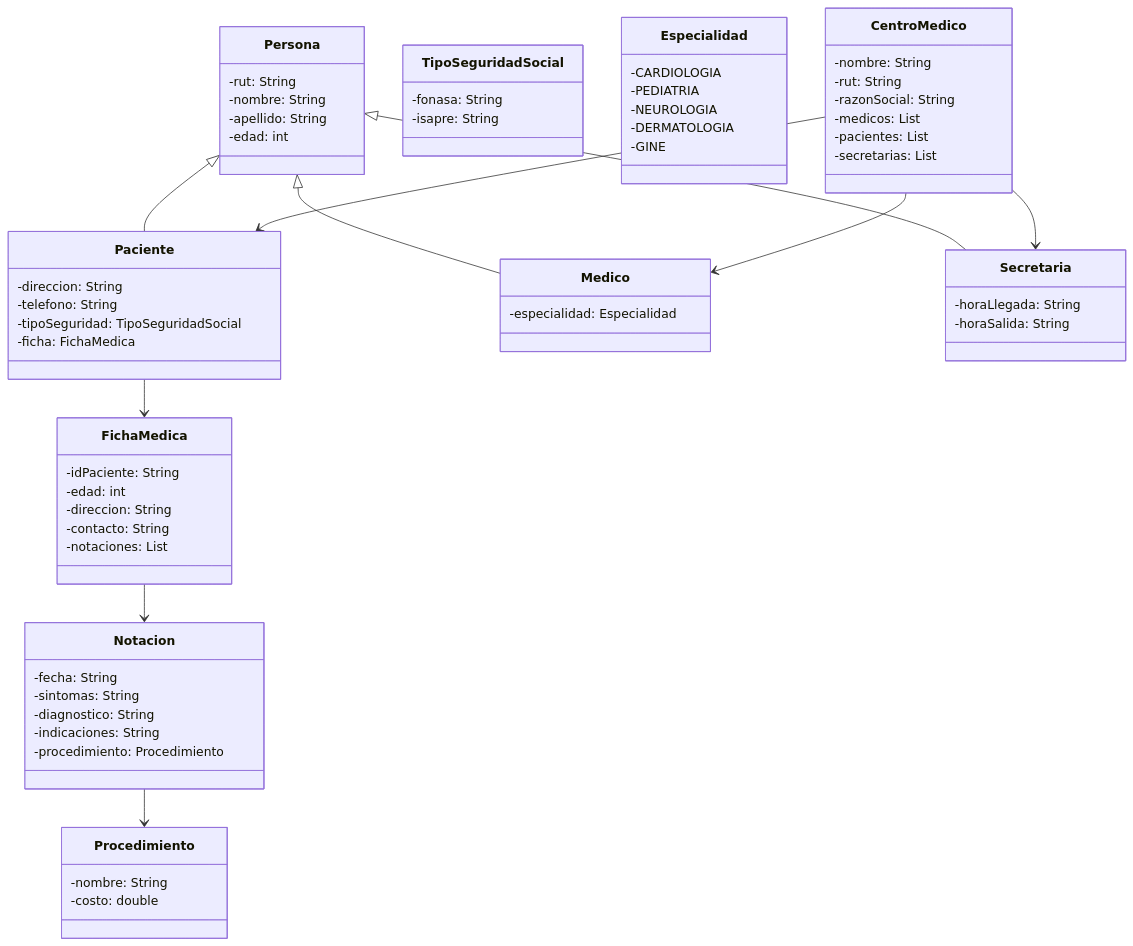
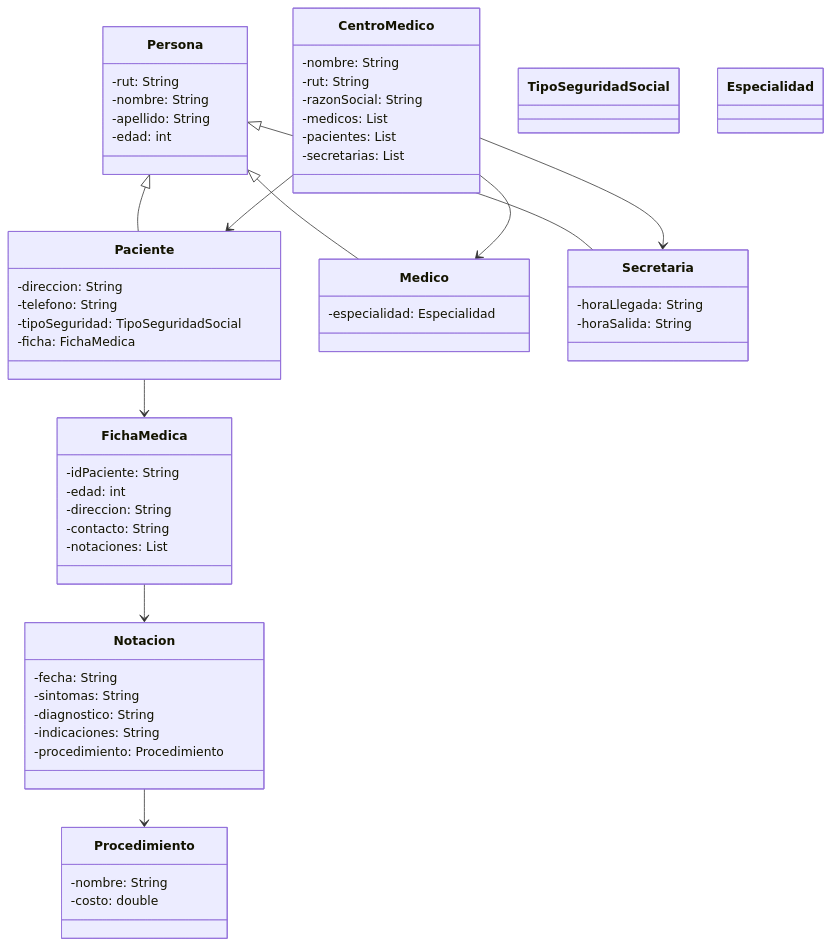
The diagram in diagram.mermaid (ChermanWest/proyecto-2-poo), drawn with Mermaid before and after one commit. The commit also changed 11 other files, not shown here.

```diff
--- a/diagram.mermaid
+++ b/diagram.mermaid
@@ -1,79 +1,67 @@
 classDiagram
-    %% Clases base
     class Persona {
         -rut: String
         -nombre: String
         -apellido: String
         -edad: int
     }
 
-    %% Clases derivadas de Persona
     class Paciente {
         -direccion: String
         -telefono: String
         -tipoSeguridad: TipoSeguridadSocial
         -ficha: FichaMedica
     }
+
     class Medico {
         -especialidad: Especialidad
     }
+
     class Secretaria {
         -horaLlegada: String
         -horaSalida: String
     }
 
-    %% Clases de gestión médica
-    class FichaMedica {
-        -idPaciente: String
-        -edad: int
-        -direccion: String
-        -contacto: String
-        -notaciones: List
-    }
-    class Notacion {
-        -fecha: String
-        -sintomas: String
-        -diagnostico: String
-        -indicaciones: String
-        -procedimiento: Procedimiento
-    }
-    class Procedimiento {
-        -nombre: String
-        -costo: double
-    }
-
-    %% Clases de apoyo
-    class TipoSeguridadSocial {
-        -fonasa: String
-        -isapre: String
-    }
-    class Especialidad {
-        -CARDIOLOGIA
-        -PEDIATRIA
-        -NEUROLOGIA
-        -DERMATOLOGIA
-        -GINE
-    }
-
-    %% Clase principal
     class CentroMedico {
         -nombre: String
         -rut: String
         -razonSocial: String
         -medicos: List
         -pacientes: List
         -secretarias: List
     }
 
-    %% Relaciones de herencia
+    class FichaMedica {
+        -idPaciente: String
+        -edad: int
+        -direccion: String
+        -contacto: String
+        -notaciones: List
+    }
+
+    class Notacion {
+        -fecha: String
+        -sintomas: String
+        -diagnostico: String
+        -indicaciones: String
+        -procedimiento: Procedimiento
+    }
+
+    class Procedimiento {
+        -nombre: String
+        -costo: double
+    }
+
+    class TipoSeguridadSocial
+    class Especialidad
+
     Persona <|-- Paciente
     Persona <|-- Medico
     Persona <|-- Secretaria
 
-    %% Relaciones de composición/asociación
     Paciente --> FichaMedica
     FichaMedica --> Notacion
     Notacion --> Procedimiento
     CentroMedico --> Medico
     CentroMedico --> Paciente
     CentroMedico --> Secretaria
```
